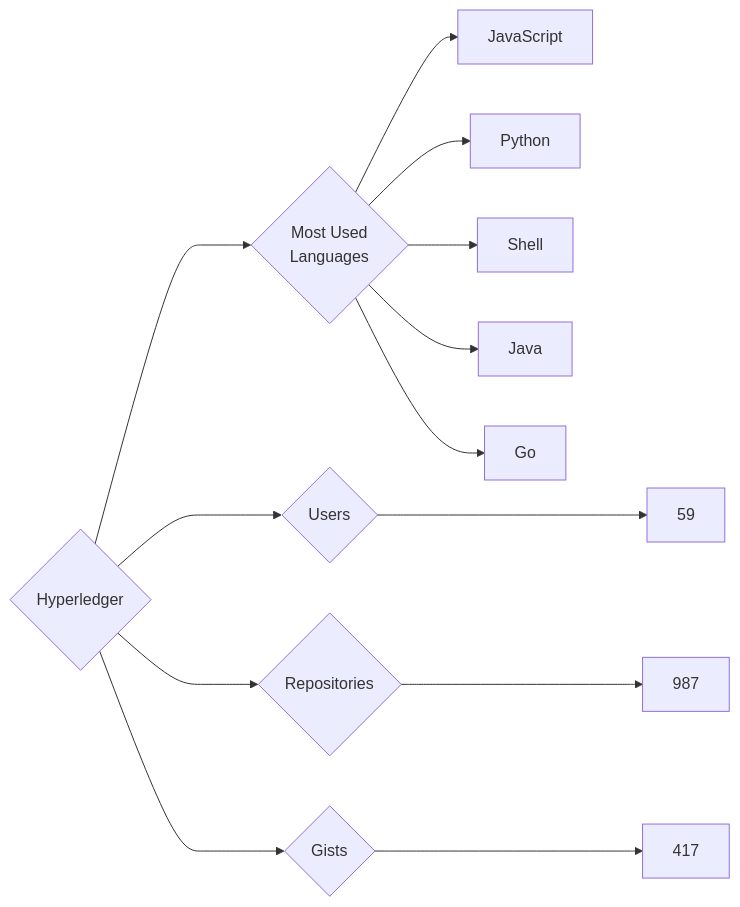
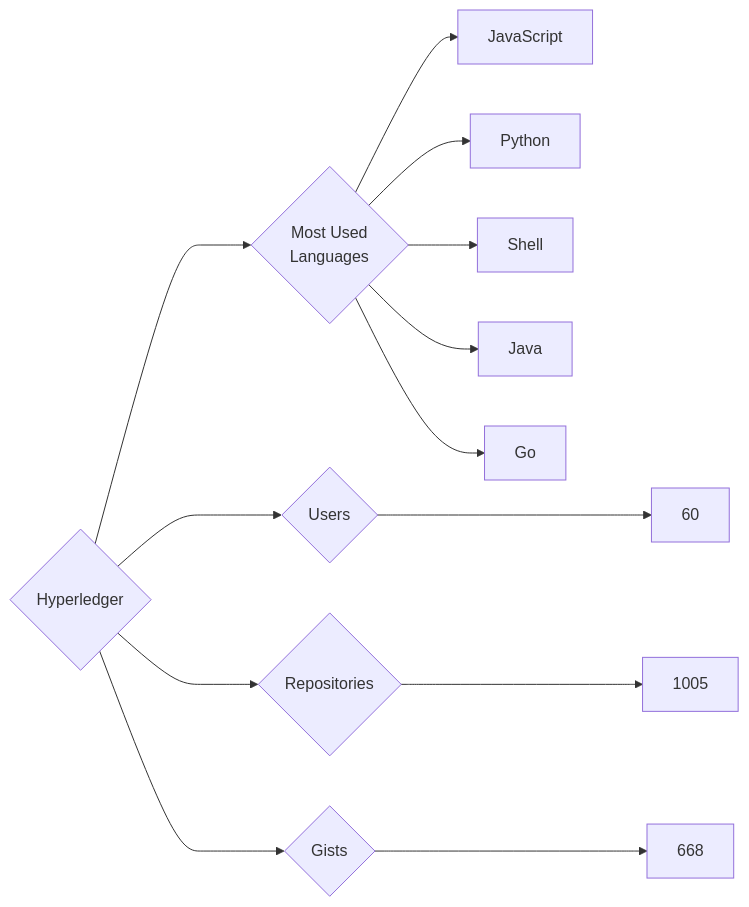
One commit to trickest/insiders changed the diagram in targets/Hyperledger/README.md. Above: the diagram before and after it, drawn with Mermaid. The commit also changed 838 other files, not shown here.

````diff
--- a/targets/Hyperledger/README.md
+++ b/targets/Hyperledger/README.md
@@ -3,13 +3,13 @@
 ```mermaid
 graph LR
 COMPANY_NAME{Hyperledger}
-COMPANY_NAME ---> U{Users} ---> UN[59]
-COMPANY_NAME ---> R{Repositories} ---> RN[987]
-COMPANY_NAME ---> G{Gists} ---> GN[417]
+COMPANY_NAME ---> U{Users} ---> UN[60]
+COMPANY_NAME ---> R{Repositories} ---> RN[1005]
+COMPANY_NAME ---> G{Gists} ---> GN[668]
 COMPANY_NAME ---> ML{Most Used<br>Languages}
 ML --> JavaScript[JavaScript]
 ML --> Python[Python]
 ML --> Shell[Shell]
 ML --> Java[Java]
 ML --> Go[Go]
 ```
````
